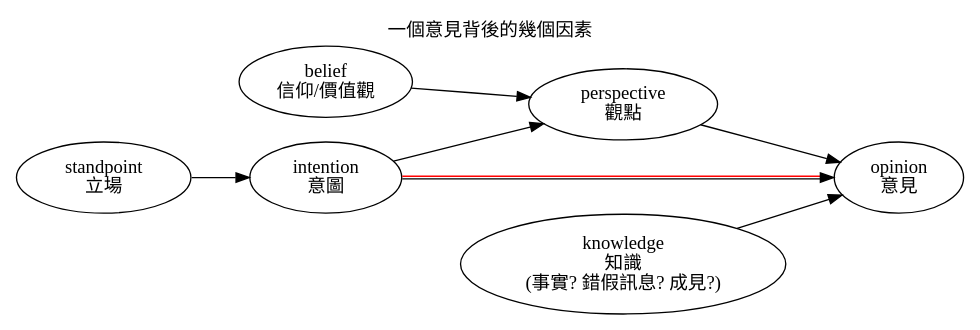
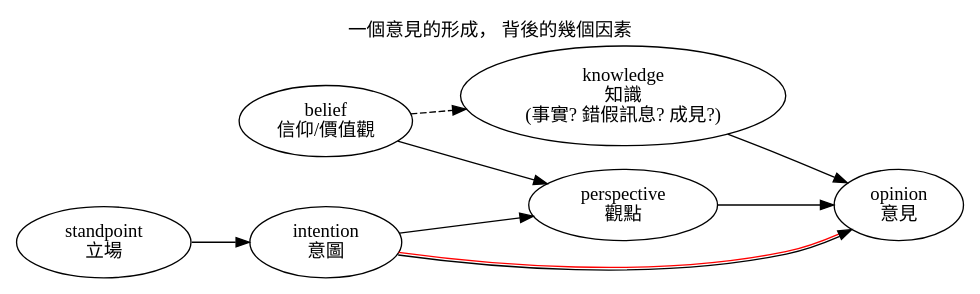
One commit to ckhung/ckhung.github.io changed the diagram in a/m/24/opinion.dot. Above: the diagram before and after it, drawn with Graphviz. The commit also changed 1 other file, not shown here.

```diff
--- a/a/m/24/opinion.dot
+++ b/a/m/24/opinion.dot
@@ -1,22 +1,23 @@
 // dot -Tsvg graphic-workflow.dot -o graphic-workflow.svg
-digraph "一個意見背後的幾個因素" {
+digraph "一個意見的形成， 背後的幾個因素" {
 
-    label = "一個意見背後的幾個因素";
+    label = "一個意見的形成， 背後的幾個因素";
     labelloc = "t";
     rankdir = "LR";
     overlap = scale;
     compound = true;
 
     belief [ label="belief\n信仰/價值觀" ];
     standpoint [ label="standpoint\n立場" ];
     perspective [ label="perspective\n觀點" ];
     opinion [ label="opinion\n意見" ];
     intention [ label="intention\n意圖" ];
     knowledge [ label="knowledge\n知識\n(事實? 錯假訊息? 成見?)" ];
 
     belief -> perspective;
+    belief -> knowledge [ style="dashed" ];
     intention -> perspective;
     standpoint -> intention;
     { perspective knowledge } -> opinion;
-    intention -> opinion [ color="black:red" ]
+    intention -> opinion [ color="black:red" ];
 }
```
